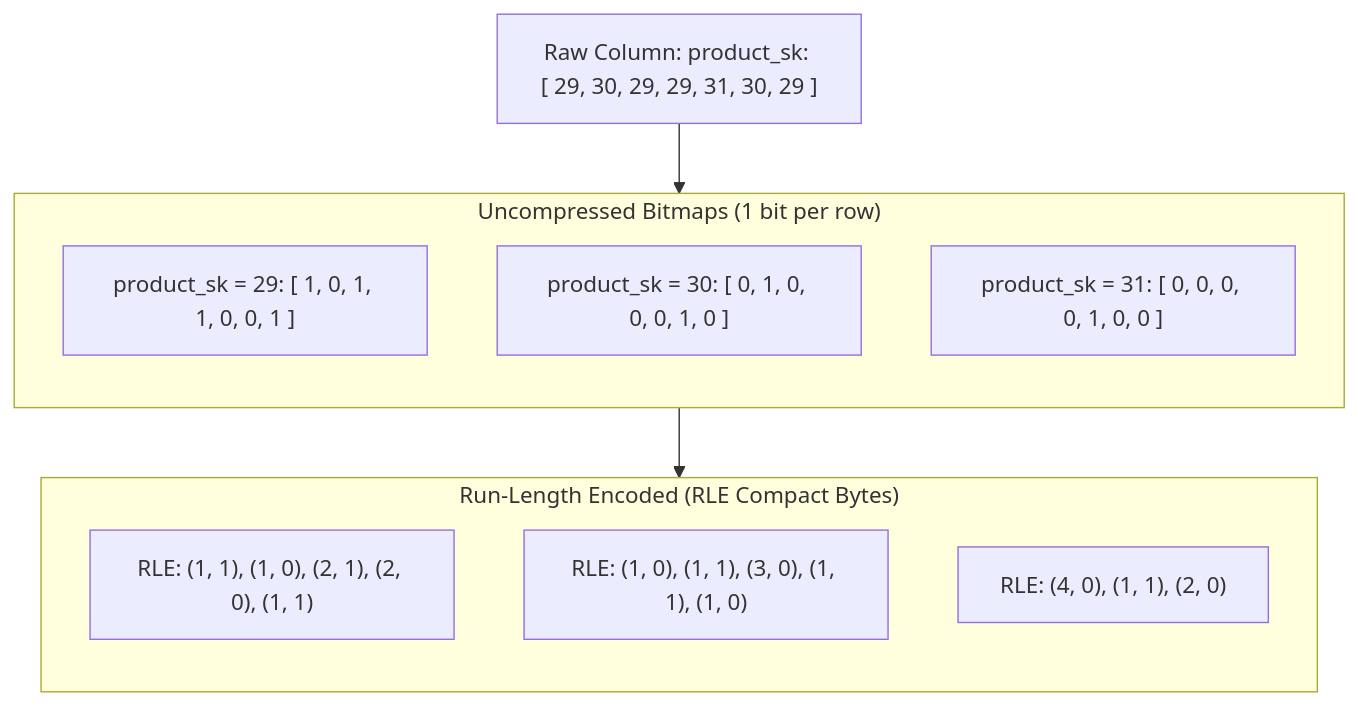
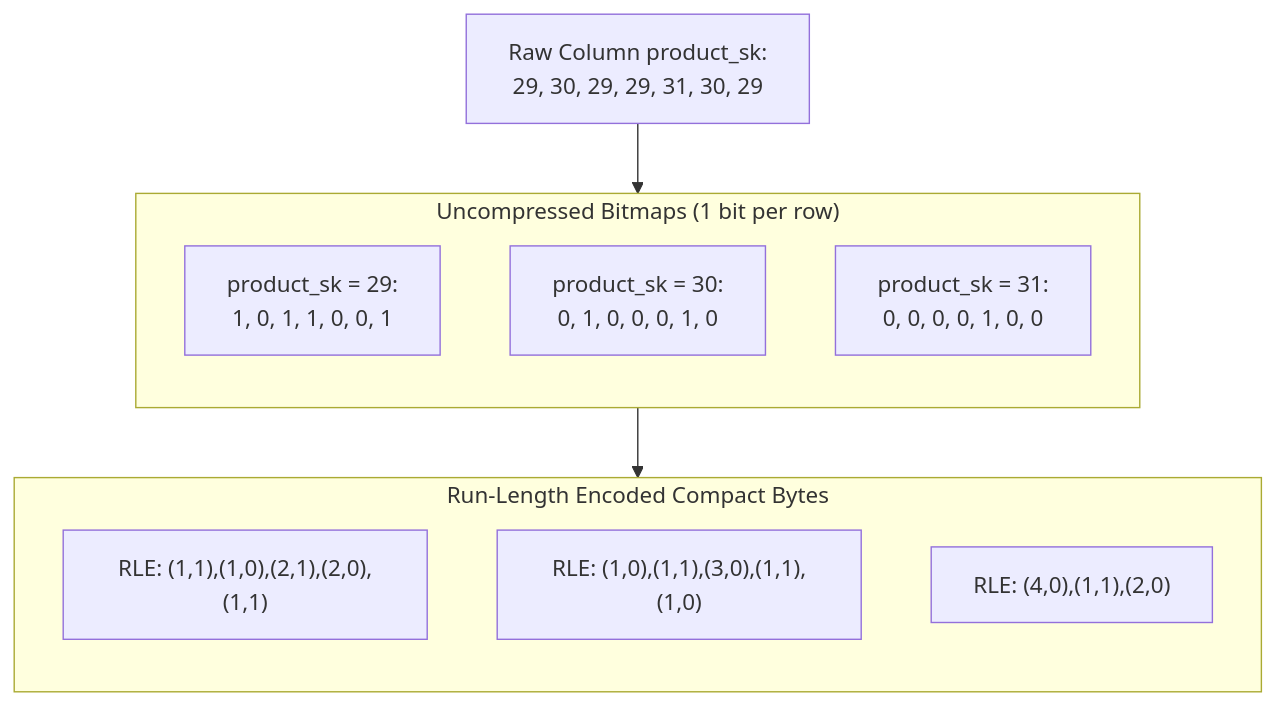
Before and after one commit to 1mimhe/books-summery: the eighth of 12 diagrams in 01 Designing Data-Intensive Applications/chapter-04-storage-and-retrieval.md, drawn with Mermaid. The commit also changed other lines of this file and 1 other file, not shown here.

````diff
--- a/01 Designing Data-Intensive Applications/chapter-04-storage-and-retrieval.md
+++ b/01 Designing Data-Intensive Applications/chapter-04-storage-and-retrieval.md
@@ -545,21 +407,18 @@
 ```mermaid
 flowchart TD
-  COL["Raw Column: product_sk: [ 29, 30, 29, 29, 31, 30, 29 ]"]
-
+  COL["Raw Column product_sk:<br/>29, 30, 29, 29, 31, 30, 29"]
   subgraph BITMAPS["Uncompressed Bitmaps (1 bit per row)"]
     direction TB
-    B_29["product_sk = 29: [ 1, 0, 1, 1, 0, 0, 1 ]"]
-    B_30["product_sk = 30: [ 0, 1, 0, 0, 0, 1, 0 ]"]
-    B_31["product_sk = 31: [ 0, 0, 0, 0, 1, 0, 0 ]"]
+    B_29["product_sk = 29:<br/>1, 0, 1, 1, 0, 0, 1"]
+    B_30["product_sk = 30:<br/>0, 1, 0, 0, 0, 1, 0"]
+    B_31["product_sk = 31:<br/>0, 0, 0, 0, 1, 0, 0"]
   end
-
-  subgraph RLE["Run-Length Encoded (RLE Compact Bytes)"]
+  subgraph RLE["Run-Length Encoded Compact Bytes"]
     direction TB
-    R_29["RLE: (1, 1), (1, 0), (2, 1), (2, 0), (1, 1)"]
-    R_30["RLE: (1, 0), (1, 1), (3, 0), (1, 1), (1, 0)"]
-    R_31["RLE: (4, 0), (1, 1), (2, 0)"]
+    R_29["RLE: (1,1),(1,0),(2,1),(2,0),(1,1)"]
+    R_30["RLE: (1,0),(1,1),(3,0),(1,1),(1,0)"]
+    R_31["RLE: (4,0),(1,1),(2,0)"]
   end
-
   COL --> BITMAPS
   BITMAPS --> RLE
 ```
````
